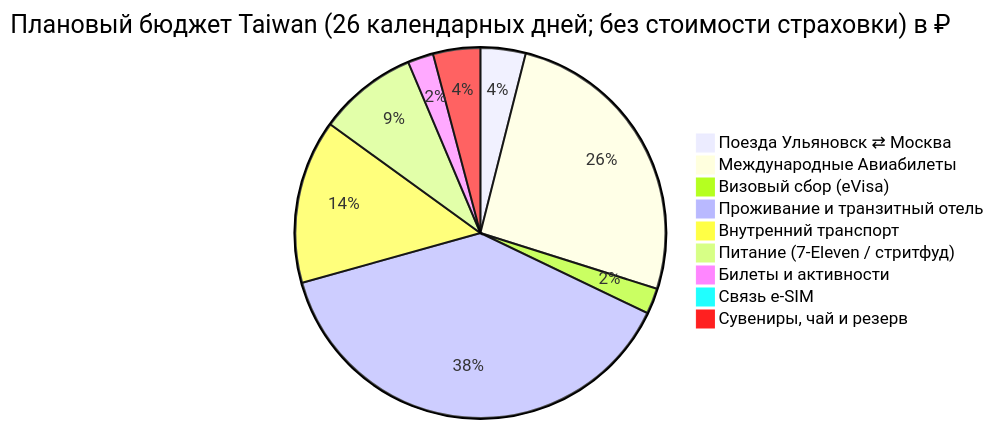
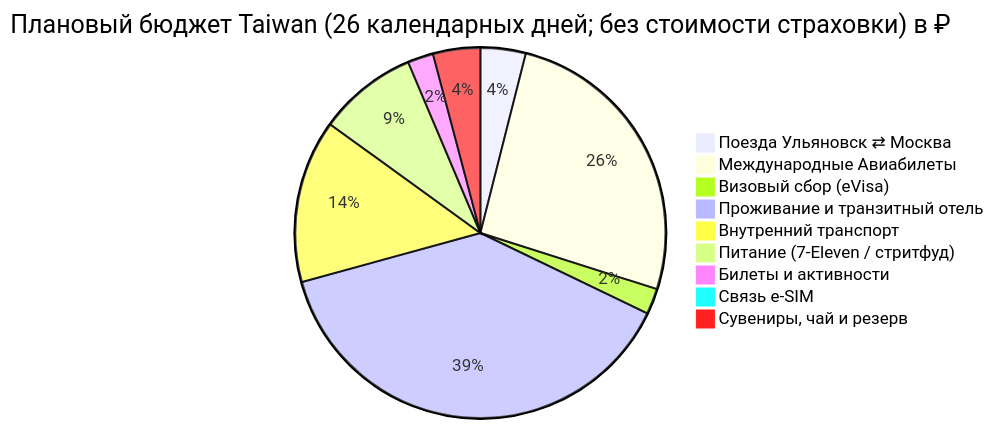
One commit to injurka/obsidian-mark changed the diagram in Personal Note/Travel/05 Taiwan/04 - Финансы/Финансы.md. Above: the diagram before and after it, drawn with Mermaid. The commit also changed other lines of this file and 6 other files, not shown here.

````diff
--- a/Personal Note/Travel/05 Taiwan/04 - Финансы/Финансы.md
+++ b/Personal Note/Travel/05 Taiwan/04 - Финансы/Финансы.md
@@ -15,12 +15,12 @@
 ```mermaid
 pie title Плановый бюджет Taiwan (26 календарных дней; без стоимости страховки) в ₽
     "Поезда Ульяновск ⇄ Москва" : 8419
     "Международные Авиабилеты" : 55412
     "Визовый сбор (eVisa)" : 4800
     "Проживание и транзитный отель" : 82357
-    "Внутренний транспорт" : 30595
+    "Внутренний транспорт" : 30393
     "Питание (7-Eleven / стритфуд)" : 18500
     "Билеты и активности" : 4796
     "Связь e-SIM" : 298
     "Сувениры, чай и резерв" : 8800
 ```
````
